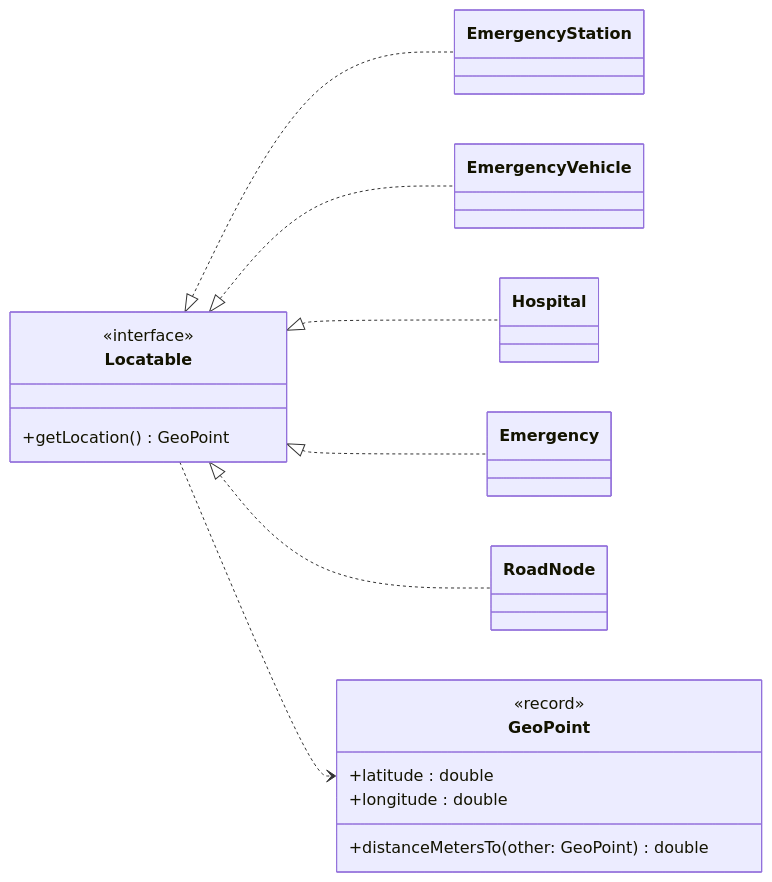
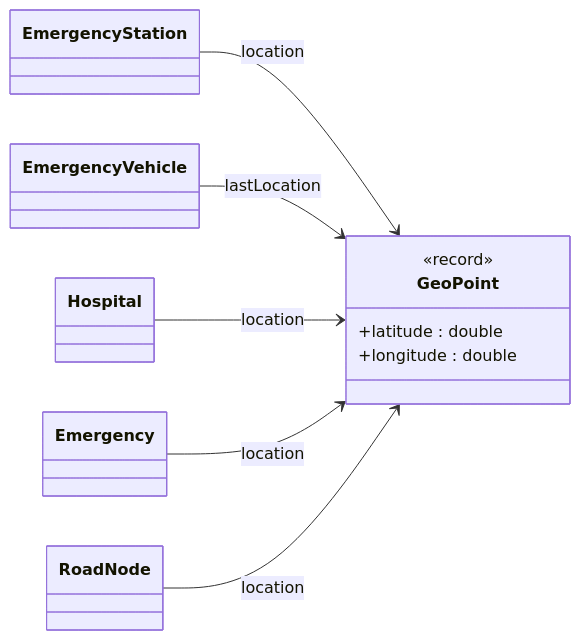
Before and after one commit to afzabaleta/RutaVida: the second of 23 diagrams in docs/class-diagram.md, drawn with Mermaid. The commit also changed other lines of this file and 12 other files, not shown here.

````diff
--- a/docs/class-diagram.md
+++ b/docs/class-diagram.md
@@ -83,31 +77,25 @@
 ```mermaid
 ---
 config:
   markdownAutoWrap: false
 ---
 classDiagram
     direction LR
 
-    class Locatable {
-        <<interface>>
-        +getLocation() GeoPoint
-    }
     class GeoPoint {
         <<record>>
         +latitude : double
         +longitude : double
-        +distanceMetersTo(other: GeoPoint) double
     }
     class EmergencyStation
     class EmergencyVehicle
     class Hospital
     class Emergency
     class RoadNode
 
-    Locatable <|.. EmergencyStation
-    Locatable <|.. EmergencyVehicle
-    Locatable <|.. Hospital
-    Locatable <|.. Emergency
-    Locatable <|.. RoadNode
-    Locatable ..> GeoPoint
+    EmergencyStation --> GeoPoint : location
+    EmergencyVehicle --> GeoPoint : lastLocation
+    Hospital --> GeoPoint : location
+    Emergency --> GeoPoint : location
+    RoadNode --> GeoPoint : location
 ```
````
